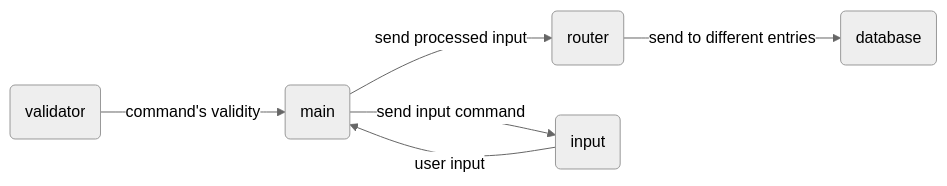
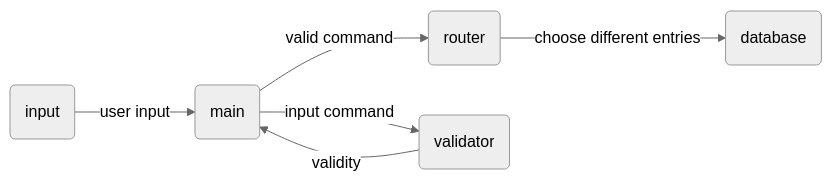
Before and after one commit to wlog106/DS-OOP_HW1: the diagram in README.md, drawn with Mermaid (neutral theme). The commit also changed other lines of this file, not shown here.

````diff
--- a/README.md
+++ b/README.md
@@ -50,8 +50,8 @@
 ```mermaid
 graph LR
-A(main) --send processed input--> B(router)
-B --send to different entries--> C(database)
-D(validator) --command's validity--> A
+A(main) --valid command--> B(router)
+B --choose different entries--> C(database)
+D(validator) --validity--> A
 E(input) --user input--> A
-A --send input command--> E
+A --input command--> D
 ```
````
